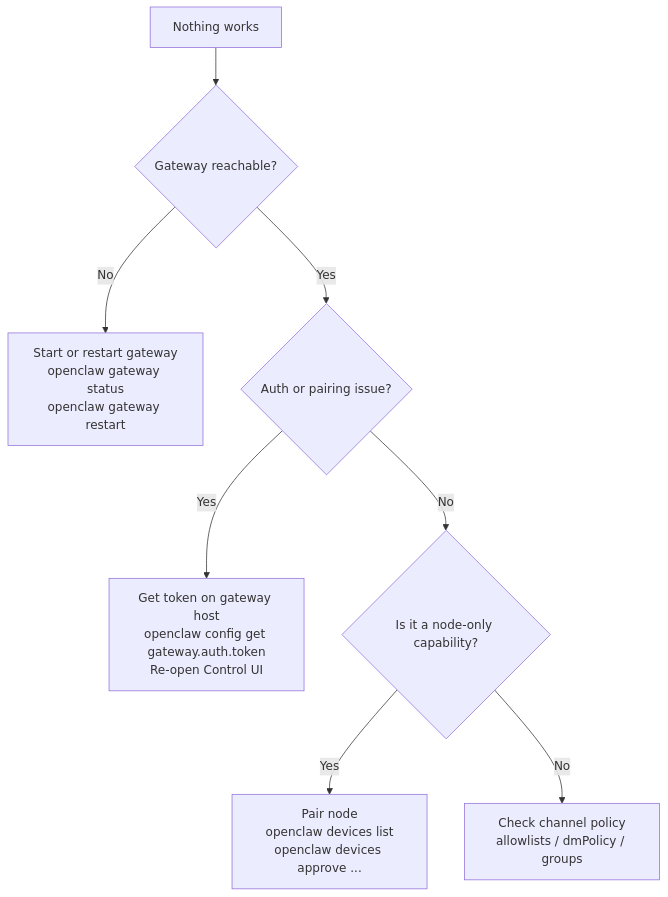
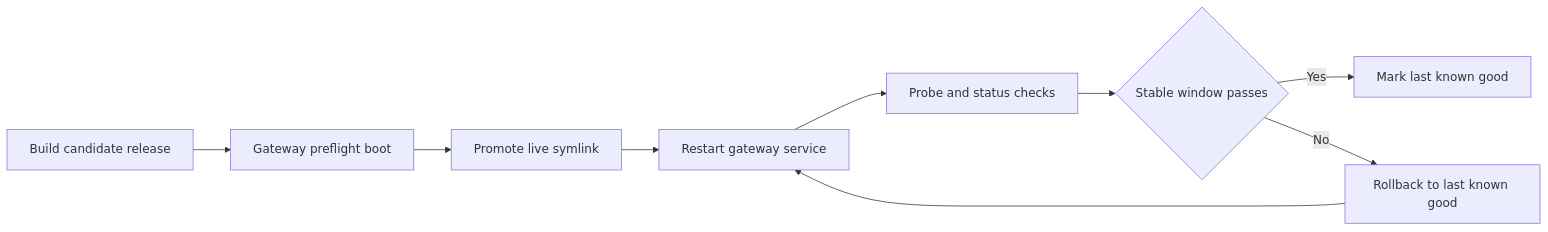
Before and after one commit to Gholimoli/openclaw: the fifth of 6 diagrams in docs/concepts/system-architecture.md, drawn with Mermaid. The commit also changed other lines of this file and 19 other files, not shown here.

````diff
--- a/docs/concepts/system-architecture.md
+++ b/docs/concepts/system-architecture.md
@@ -385,10 +448,11 @@
 ```mermaid
-flowchart TD
-  A[Nothing works] --> B{Gateway reachable?}
-  B -->|No| C[Start or restart gateway\nopenclaw gateway status\nopenclaw gateway restart]
-  B -->|Yes| D{Auth or pairing issue?}
-  D -->|Yes| E[Get token on gateway host\nopenclaw config get gateway.auth.token\nRe-open Control UI]
-  D -->|No| F{Is it a node-only capability?}
-  F -->|Yes| G[Pair node\nopenclaw devices list\nopenclaw devices approve ...]
-  F -->|No| H[Check channel policy\nallowlists / dmPolicy / groups]
+flowchart LR
+  A[Build candidate release] --> B[Gateway preflight boot]
+  B --> C[Promote live symlink]
+  C --> D[Restart gateway service]
+  D --> E[Probe and status checks]
+  E --> F{Stable window passes}
+  F -->|Yes| G[Mark last known good]
+  F -->|No| H[Rollback to last known good]
+  H --> D
 ```
````
